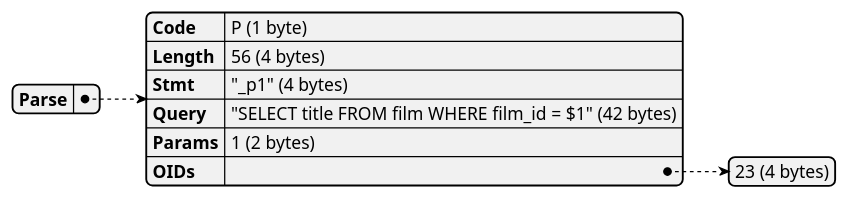
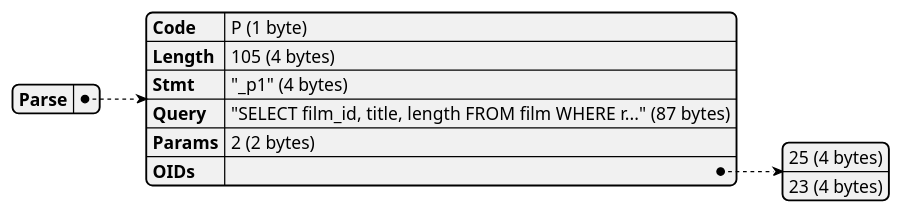
The first of 28 diagrams in docs/examples/exports/pagila-05-extended-query-named-prepared-statement/capture.plantuml.pkt.md (xfischer/pg_protoexport), drawn with PlantUML before and after one commit. The commit also changed other lines of this file and 135 other files, not shown here.

````diff
--- a/docs/examples/exports/pagila-05-extended-query-named-prepared-statement/capture.plantuml.pkt.md
+++ b/docs/examples/exports/pagila-05-extended-query-named-prepared-statement/capture.plantuml.pkt.md
@@ -4,16 +4,17 @@
 ```plantuml
 @startjson
 {
   "Parse": {
     "Code": "P (1 byte)",
-    "Length": "56 (4 bytes)",
+    "Length": "105 (4 bytes)",
     "Stmt": "\"_p1\" (4 bytes)",
-    "Query": "\"SELECT title FROM film WHERE film_id = $1\" (42 bytes)",
-    "Params": "1 (2 bytes)",
+    "Query": "\"SELECT film_id, title, length FROM film WHERE r...\" (87 bytes)",
+    "Params": "2 (2 bytes)",
     "OIDs": [
+      "25 (4 bytes)",
       "23 (4 bytes)"
     ]
   }
 }
 @endjson
 ```
````
